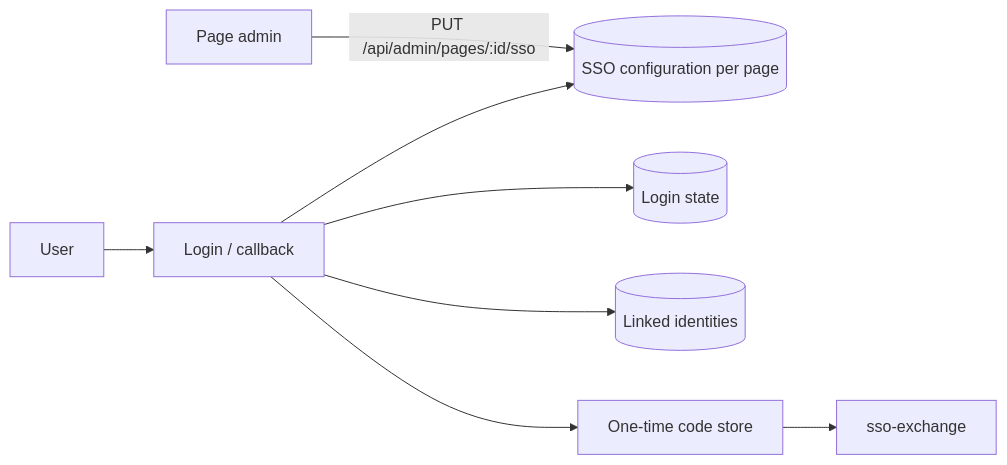
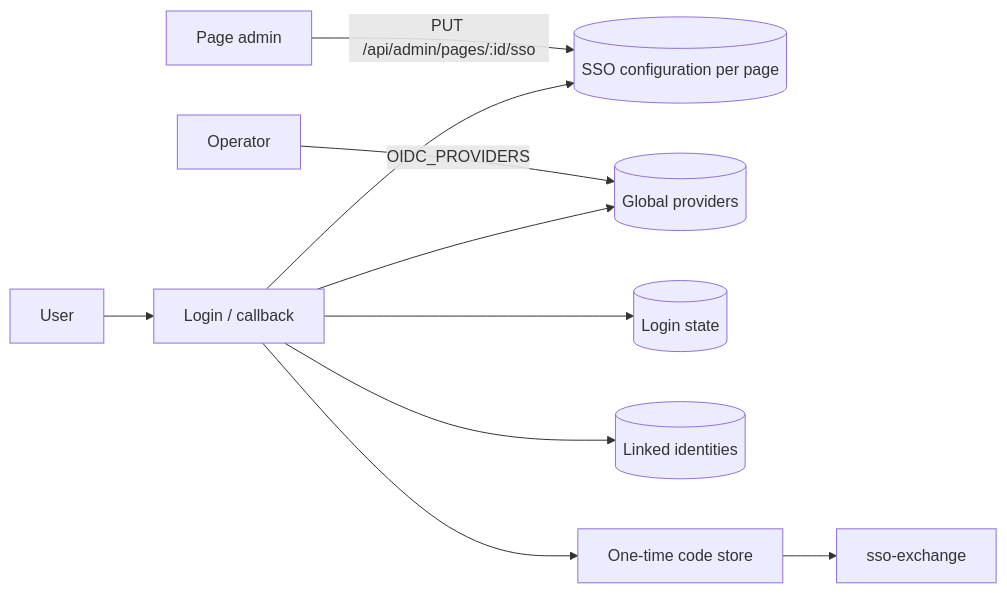
One commit to FrAigner/statushafen changed the fourth of 4 diagrams in docs/sso/en/architecture.md. Above: the diagram before and after it, drawn with Mermaid. The commit also changed other lines of this file and 26 other files, not shown here.

First line of the commit message:
Document global OIDC providers, the password switch and the upgrade

````diff
--- a/docs/sso/en/architecture.md
+++ b/docs/sso/en/architecture.md
@@ -60,10 +121,12 @@
 ```mermaid
 flowchart LR
     A[Page admin] -->|PUT /api/admin/pages/:id/sso| C[(SSO configuration per page)]
+    O[Operator] -->|OIDC_PROVIDERS| G[(Global providers)]
     U[User] --> L[Login / callback]
+    L --> G
     L --> C
     L --> D[(Login state)]
     L --> K[(Linked identities)]
     L --> X[One-time code store]
     X --> E[sso-exchange]
 ```
````
